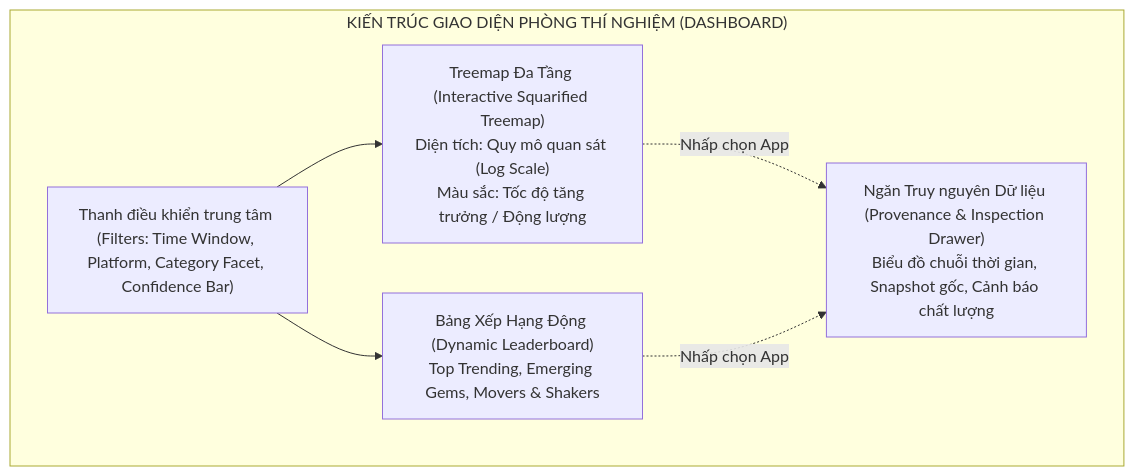
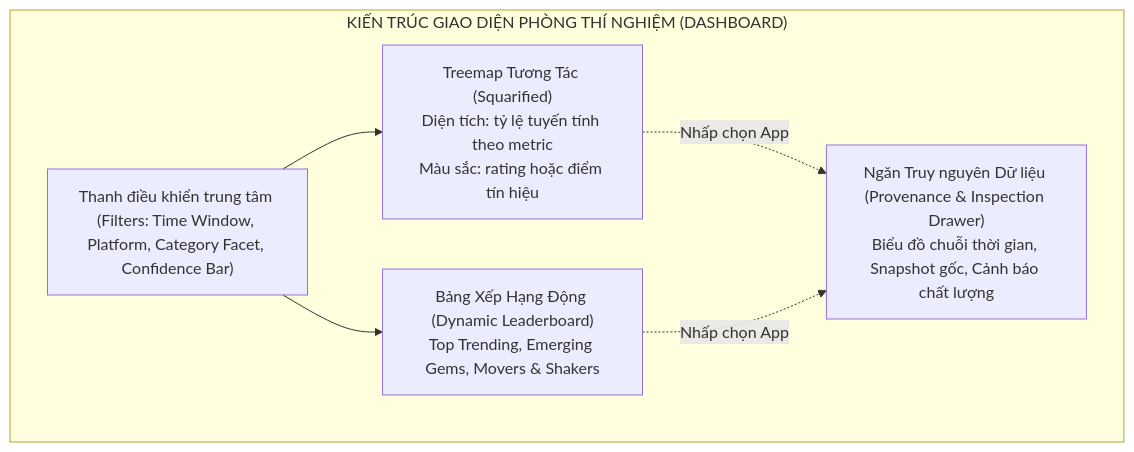
Before and after one commit to geminitt/trendlab: the sixth of 9 diagrams in PROJECT_SPECIFICATION.md, drawn with Mermaid. The commit also changed other lines of this file, not shown here.

Commit message:
docs(spec): bind proportional area to selected metric and prevent logarithmic UI distortion

````diff
--- a/PROJECT_SPECIFICATION.md
+++ b/PROJECT_SPECIFICATION.md
@@ -467,13 +467,13 @@
 ```mermaid
 graph TD
     subgraph UI_LAYOUT ["KIẾN TRÚC GIAO DIỆN PHÒNG THÍ NGHIỆM (DASHBOARD)"]
         TOP["Thanh điều khiển trung tâm (Filters: Time Window, Platform, Category Facet, Confidence Bar)"]
-        MID_L["Treemap Đa Tầng (Interactive Squarified Treemap)<br/>Diện tích: Quy mô quan sát (Log Scale)<br/>Màu sắc: Tốc độ tăng trưởng / Động lượng"]
+        MID_L["Treemap Tương Tác (Squarified)<br/>Diện tích: tỷ lệ tuyến tính theo metric<br/>Màu sắc: rating hoặc điểm tín hiệu"]
         MID_R["Bảng Xếp Hạng Động (Dynamic Leaderboard)<br/>Top Trending, Emerging Gems, Movers & Shakers"]
         BOT["Ngăn Truy nguyên Dữ liệu (Provenance & Inspection Drawer)<br/>Biểu đồ chuỗi thời gian, Snapshot gốc, Cảnh báo chất lượng"]
     end
     TOP --> MID_L
     TOP --> MID_R
     MID_L -.->|Nhấp chọn App| BOT
     MID_R -.->|Nhấp chọn App| BOT
 ```
````
